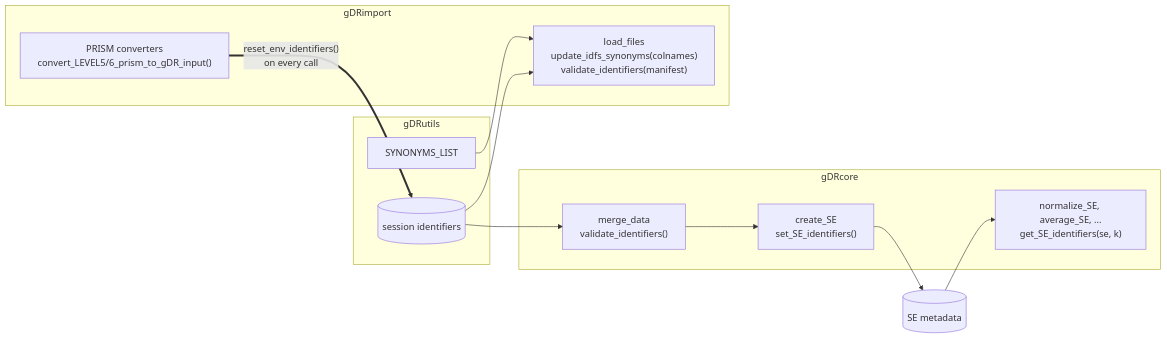
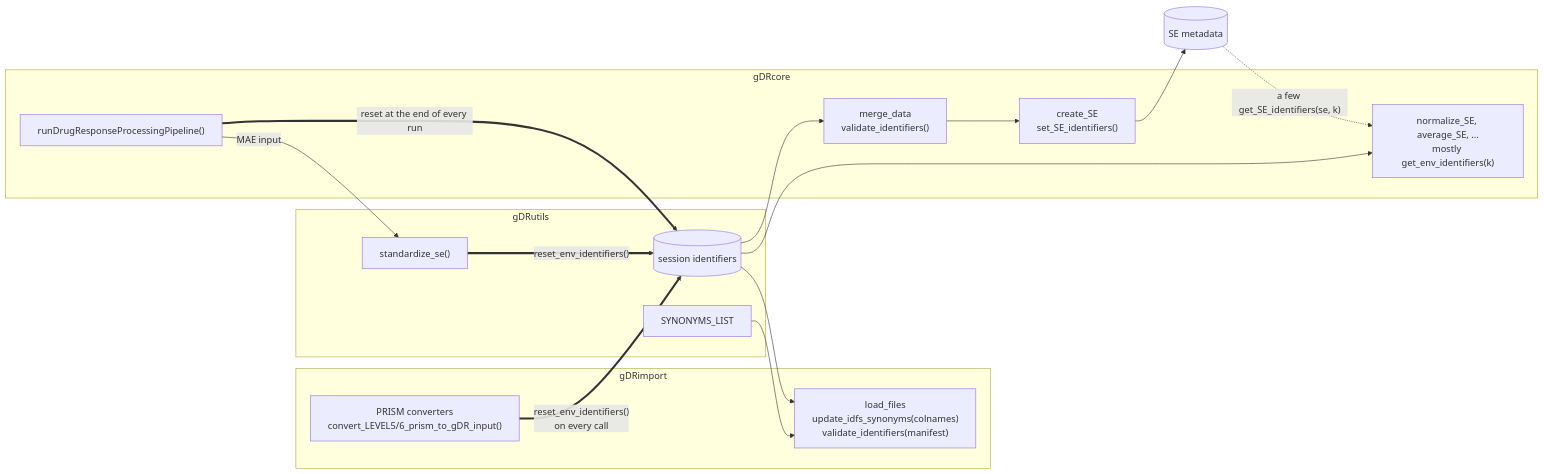
Before and after one commit to gdrplatform/gDRutils: the second of 2 diagrams in architecture/identifiers.md, drawn with Mermaid. The commit also changed other lines of this file, not shown here.

First line of the commit message:
docs: correct the identifier diagrams after review

````diff
--- a/architecture/identifiers.md
+++ b/architecture/identifiers.md
@@ -43,25 +45,32 @@
 ```mermaid
 flowchart LR
   subgraph utils["gDRutils"]
     SYN["SYNONYMS_LIST"]
     GC[("session identifiers")]
+    STD["standardize_se()"]
   end
 
   subgraph imp["gDRimport"]
     LF["load_files<br/>update_idfs_synonyms(colnames)<br/>validate_identifiers(manifest)"]
     PR["PRISM converters<br/>convert_LEVEL5/6_prism_to_gDR_input()"]
   end
 
   subgraph core["gDRcore"]
     MD["merge_data<br/>validate_identifiers()"]
     CS["create_SE<br/>set_SE_identifiers()"]
-    NS["normalize_SE, average_SE, ...<br/>get_SE_identifiers(se, k)"]
+    NS["normalize_SE, average_SE, ...<br/>mostly get_env_identifiers(k)"]
+    PL["runDrugResponseProcessingPipeline()"]
   end
 
   SE[("SE metadata")]
 
   SYN --> LF
   GC --> LF
-  GC --> MD --> CS --> SE --> NS
+  GC --> MD --> CS --> SE
+  GC --> NS
+  SE -. "a few get_SE_identifiers(se, k)" .-> NS
   PR == "reset_env_identifiers()<br/>on every call" ==> GC
+  PL == "reset at the end of every run" ==> GC
+  PL -- "MAE input" --> STD
+  STD == "reset_env_identifiers()" ==> GC
 ```
````
